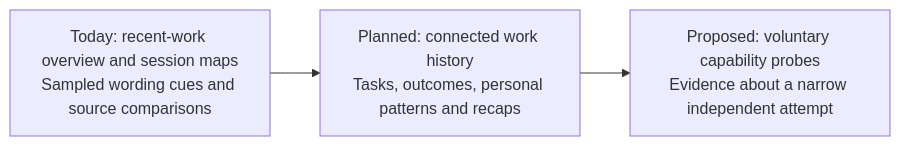
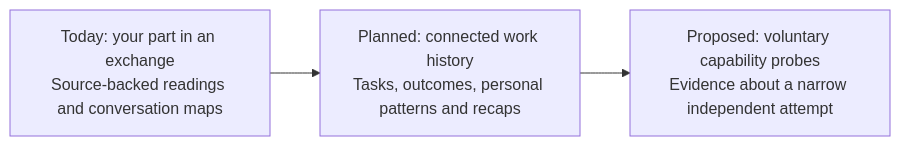
One commit to romrom-20/Vernier changed the diagram in README.md. Above: the diagram before and after it, drawn with Mermaid. The commit also changed other lines of this file and 23 other files, not shown here.

Commit message:
Explain the person's contribution through source-backed exchanges

````diff
--- a/README.md
+++ b/README.md
@@ -35,5 +39,5 @@
 ```mermaid
 flowchart LR
-    A["Today: recent-work overview and session maps<br/>Sampled wording cues and source comparisons"] --> B["Planned: connected work history<br/>Tasks, outcomes, personal patterns and recaps"]
+    A["Today: your part in an exchange<br/>Source-backed readings and conversation maps"] --> B["Planned: connected work history<br/>Tasks, outcomes, personal patterns and recaps"]
     B --> C["Proposed: voluntary capability probes<br/>Evidence about a narrow independent attempt"]
 ```
````
